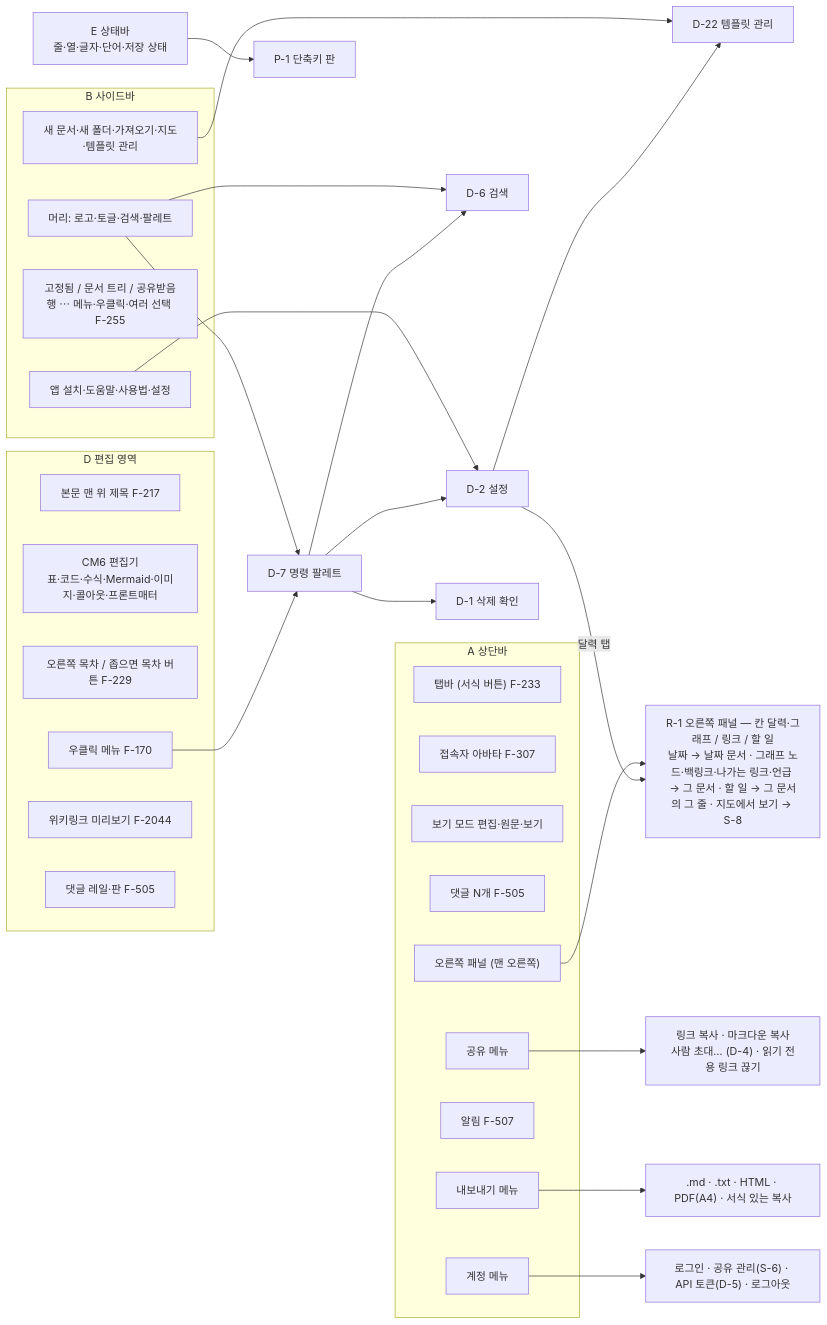
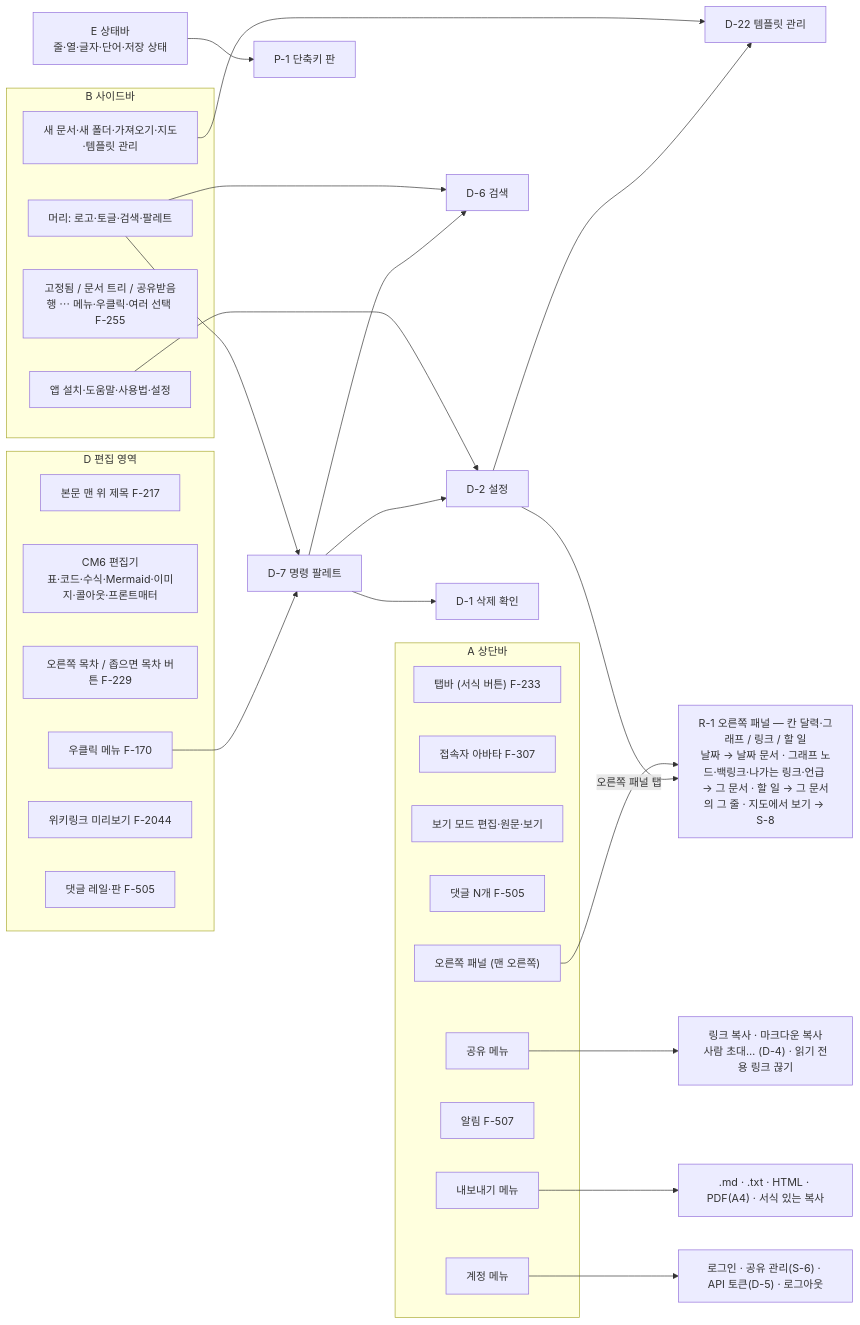
The third of 5 diagrams in specs/map.md (R00neyj/rawdoc), drawn with Mermaid before and after one commit. The commit also changed 22 other files, not shown here.

````diff
--- a/specs/map.md
+++ b/specs/map.md
@@ -67,45 +67,45 @@
 ```mermaid
 flowchart LR
   subgraph A["A 상단바"]
     A1["탭바 (서식 버튼) F-233"]
     A2["접속자 아바타 F-307"]
     A3["보기 모드 편집·원문·보기"]
     A4["댓글 N개 F-505"]
     A5["공유 메뉴"]
     A6["내보내기 메뉴"]
     A7["알림 F-507"]
     A8["계정 메뉴"]
     A9["오른쪽 패널 (맨 오른쪽)"]
   end
   subgraph B["B 사이드바"]
     B1["머리: 로고·토글·검색·팔레트"]
     B2["새 문서·새 폴더·가져오기·지도·템플릿 관리"]
     B3["고정됨 / 문서 트리 / 공유받음<br/>행 ⋯ 메뉴·우클릭·여러 선택 F-255"]
     B4["앱 설치·도움말·사용법·설정"]
   end
   subgraph D["D 편집 영역"]
     D1["본문 맨 위 제목 F-217"]
     D2["CM6 편집기<br/>표·코드·수식·Mermaid·이미지·콜아웃·프론트매터"]
     D3["오른쪽 목차 / 좁으면 목차 버튼 F-229"]
     D4["우클릭 메뉴 F-170"]
     D5["위키링크 미리보기 F-2044"]
     D6["댓글 레일·판 F-505"]
   end
   E["E 상태바<br/>줄·열·글자·단어·저장 상태"]
 
   A5 --> share["링크 복사 · 마크다운 복사<br/>사람 초대… (D-4) · 읽기 전용 링크 끊기"]
   A6 --> export[".md · .txt · HTML · PDF(A4) · 서식 있는 복사"]
   A8 --> account["로그인 · 공유 관리(S-6) · API 토큰(D-5) · 로그아웃"]
   B1 --> D6dlg["D-6 검색"]
   B1 --> D7dlg["D-7 명령 팔레트"]
   B4 --> D2dlg["D-2 설정"]
   B2 --> D22dlg["D-22 템플릿 관리"]
   D2dlg --> D22dlg
   D4 --> D7dlg
   D7dlg --> D1dlg["D-1 삭제 확인"]
   D7dlg --> D2dlg
   D7dlg --> D6dlg
   E --> P1["P-1 단축키 판"]
   A9 --> R1["R-1 오른쪽 패널 — 칸 달력·그래프 / 링크 / 할 일<br/>날짜 → 날짜 문서 · 그래프 노드·백링크·나가는 링크·언급 → 그 문서 · 할 일 → 그 문서의 그 줄 · 지도에서 보기 → S-8"]
-  D2dlg -- "달력 탭" --> R1
+  D2dlg -- "오른쪽 패널 탭" --> R1
 ```
````
